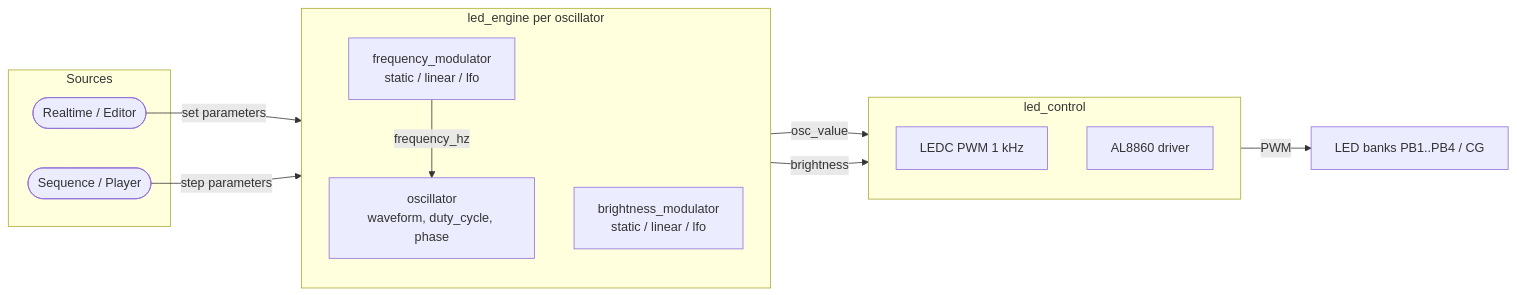
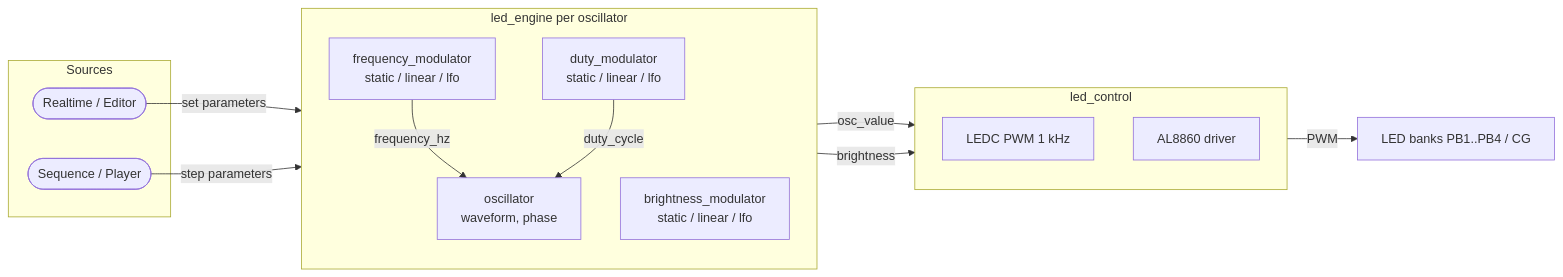
The diagram in doc/SoftwareArchitecture.md (DrCoolzic/MorpheusHypnoLight), drawn with Mermaid before and after one commit. The commit also changed other lines of this file and 7 other files, not shown here.

Commit message:
duty cycle is now dynamic

````diff
--- a/doc/SoftwareArchitecture.md
+++ b/doc/SoftwareArchitecture.md
@@ -185,29 +190,31 @@
 ```mermaid
 flowchart LR
     subgraph Sources
         RT([Realtime / Editor])
         SEQ([Sequence / Player])
     end
 
     RT -->|set parameters| CTRL
     SEQ -->|step parameters| CTRL
 
     subgraph CTRL[led_engine per oscillator]
         direction TB
         FM[frequency_modulator<br/>static / linear / lfo]
         BM[brightness_modulator<br/>static / linear / lfo]
-        OSC[oscillator<br/>waveform, duty_cycle, phase]
+        DM[duty_modulator<br/>static / linear / lfo]
+        OSC[oscillator<br/>waveform, phase]
     end
 
     FM -- frequency_hz --> OSC
+    DM -- duty_cycle --> OSC
     OSC -- osc_value --> LED
     BM -- brightness --> LED
 
     subgraph LED[led_control]
         direction TB
         PWM[LEDC PWM 1 kHz]
         DRV[AL8860 driver]
     end
 
     LED -->|PWM| LEDS[LED banks PB1..PB4 / CG]
 ```
````
